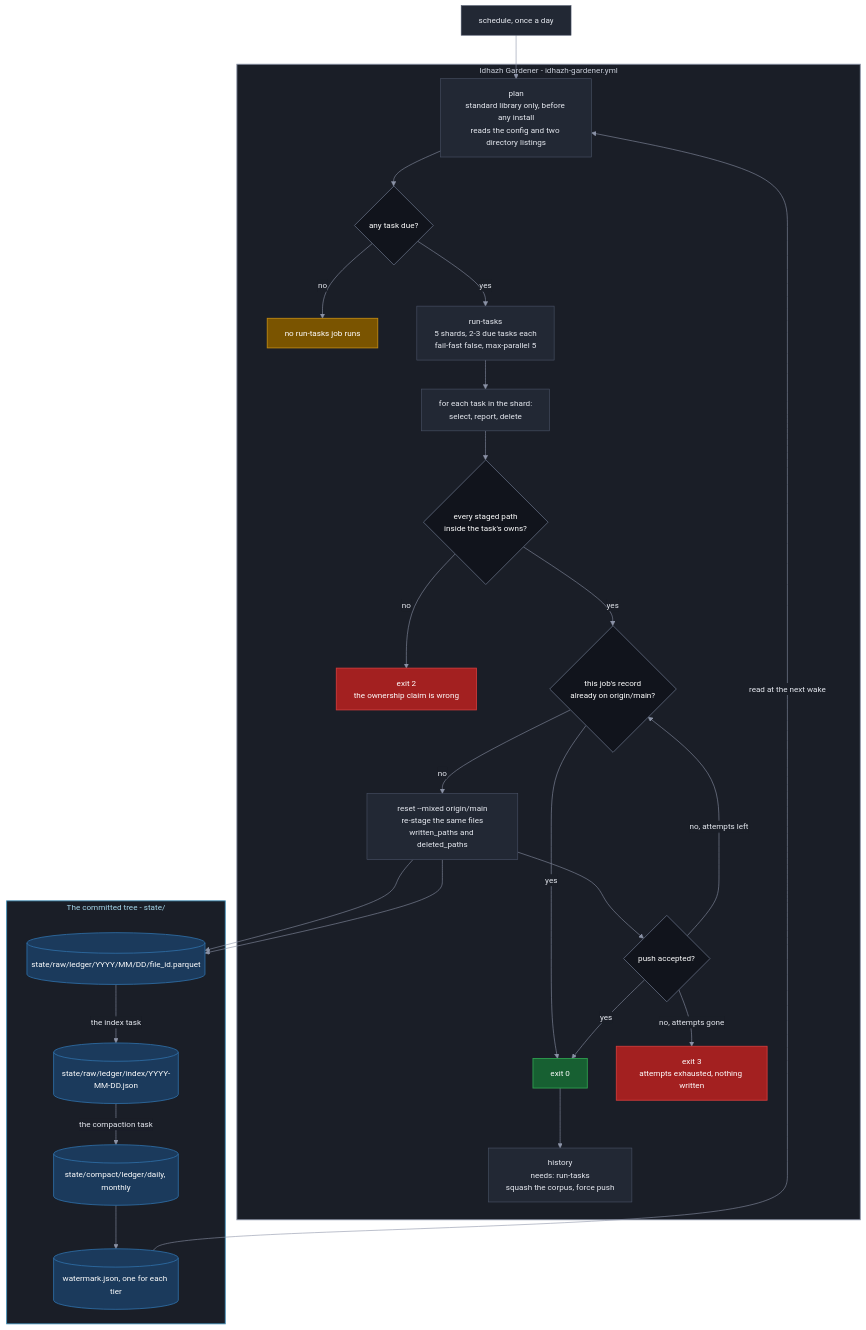
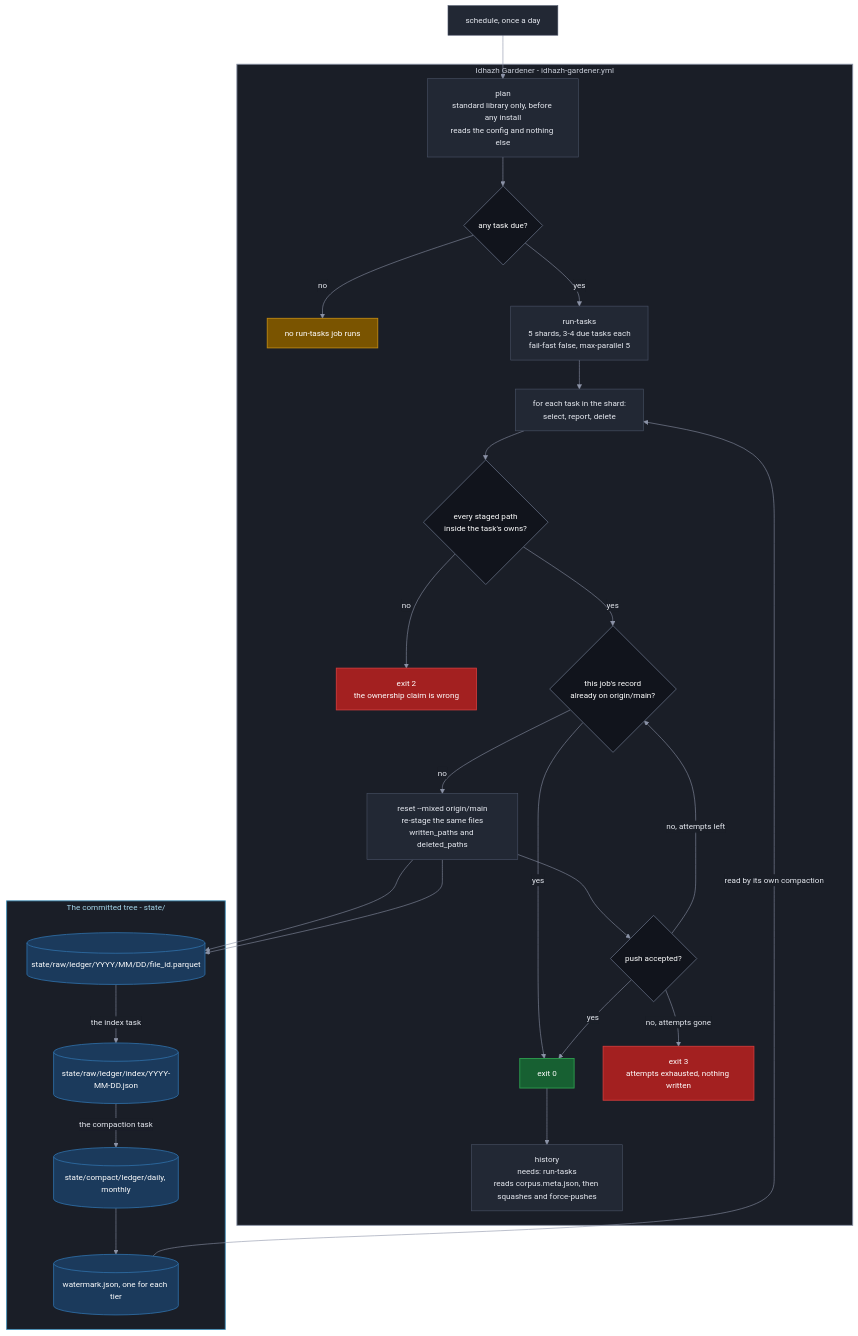
One commit to miztiik/yen-idhazh changed the first of 2 diagrams in TODO/20260924-50-idhazh-gardener-plan.md. Above: the diagram before and after it, drawn with Mermaid. The commit also changed other lines of this file, not shown here.

First line of the commit message:
docs: the plan job reads config alone, and the history job gates itself

````diff
--- a/TODO/20260924-50-idhazh-gardener-plan.md
+++ b/TODO/20260924-50-idhazh-gardener-plan.md
@@ -156,68 +156,68 @@
 ```mermaid
 %%{init: {"theme": "base", "themeVariables": {"background": "#0f1117", "primaryColor": "#222834", "primaryTextColor": "#e6e9f0", "primaryBorderColor": "#4b5468", "lineColor": "#8b93a7", "textColor": "#e6e9f0", "clusterBkg": "#1a1e27", "clusterBorder": "#3a4254", "titleColor": "#e6e9f0", "edgeLabelBackground": "#1a1e27", "fontSize": "14px"}}}%%
 flowchart TB
   CRON["schedule, once a day"]
 
   subgraph OPS["Idhazh Gardener - idhazh-gardener.yml"]
-    PLAN["plan<br/>standard library only, before any install<br/>reads the config and two directory listings"]
+    PLAN["plan<br/>standard library only, before any install<br/>reads the config and nothing else"]
     ANY{"any task due?"}
     IDLE["no run-tasks job runs"]
-    TEND["run-tasks<br/>5 shards, 2-3 due tasks each<br/>fail-fast false, max-parallel 5"]
+    TEND["run-tasks<br/>5 shards, 3-4 due tasks each<br/>fail-fast false, max-parallel 5"]
     RUN["for each task in the shard:<br/>select, report, delete"]
     OWNED{"every staged path<br/>inside the task's owns?"}
     OUTSIDE["exit 2<br/>the ownership claim is wrong"]
     LANDED{"this job's record<br/>already on origin/main?"}
     REAPPLY["reset --mixed origin/main<br/>re-stage the same files<br/>written_paths and deleted_paths"]
     PUSHED{"push accepted?"}
     OK["exit 0"]
     LOST["exit 3<br/>attempts exhausted, nothing written"]
-    HIST["history<br/>needs: run-tasks<br/>squash the corpus, force push"]
+    HIST["history<br/>needs: run-tasks<br/>reads corpus.meta.json, then squashes and force-pushes"]
   end
 
   subgraph TREE["The committed tree - state/"]
     RAW[("state/raw/ledger/YYYY/MM/DD/file_id.parquet")]
     RIDX[("state/raw/ledger/index/YYYY-MM-DD.json")]
     COMPACT[("state/compact/ledger/daily, monthly")]
     WM[("watermark.json, one for each tier")]
   end
 
   CRON --> PLAN
   PLAN --> ANY
   ANY -->|"no"| IDLE
   ANY -->|"yes"| TEND
   TEND --> RUN
   RUN --> OWNED
   OWNED -->|"no"| OUTSIDE
   OWNED -->|"yes"| LANDED
   LANDED -->|"yes"| OK
   LANDED -->|"no"| REAPPLY
   REAPPLY --> RAW
   REAPPLY --> PUSHED
   PUSHED -->|"yes"| OK
   PUSHED -->|"no, attempts left"| LANDED
   PUSHED -->|"no, attempts gone"| LOST
   OK --> HIST
-  WM -->|"read at the next wake"| PLAN
+  WM -->|"read by its own compaction"| RUN
   REAPPLY --> RAW
   RAW -->|"the index task"| RIDX
   RIDX -->|"the compaction task"| COMPACT
   COMPACT --> WM
 
   classDef stage fill:#222834,stroke:#4b5468,stroke-width:1px,color:#e6e9f0;
   classDef decision fill:#11141c,stroke:#5b6477,stroke-width:1.5px,color:#ffffff;
   classDef yes fill:#176032,stroke:#2ea04f,stroke-width:1.5px,color:#ffffff;
   classDef no fill:#a32020,stroke:#d23b3b,stroke-width:1.5px,color:#ffffff;
   classDef warn fill:#7a5400,stroke:#c08a12,stroke-width:1.5px,color:#ffffff;
   classDef ledger fill:#1b3a5c,stroke:#2d6ca3,stroke-width:1.5px,color:#ffffff;
   classDef sysOps fill:#1a1e27,stroke:#8b93a7,stroke-width:1.5px,color:#c8cdd8;
   classDef sysPublish fill:#1a1e27,stroke:#3f8fb8,stroke-width:1.5px,color:#a5d6ea;
 
   class CRON,PLAN,TEND,RUN,REAPPLY,HIST stage;
   class ANY,OWNED,LANDED,PUSHED decision;
   class OK yes;
   class OUTSIDE,LOST no;
   class IDLE warn;
   class RAW,COMPACT,RIDX,WM ledger;
   class OPS sysOps;
   class TREE sysPublish;
 ```
````
